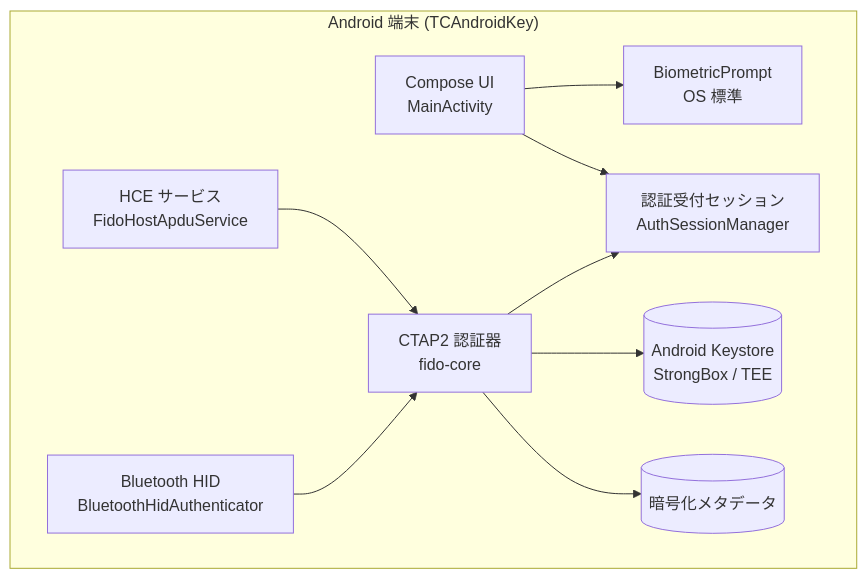
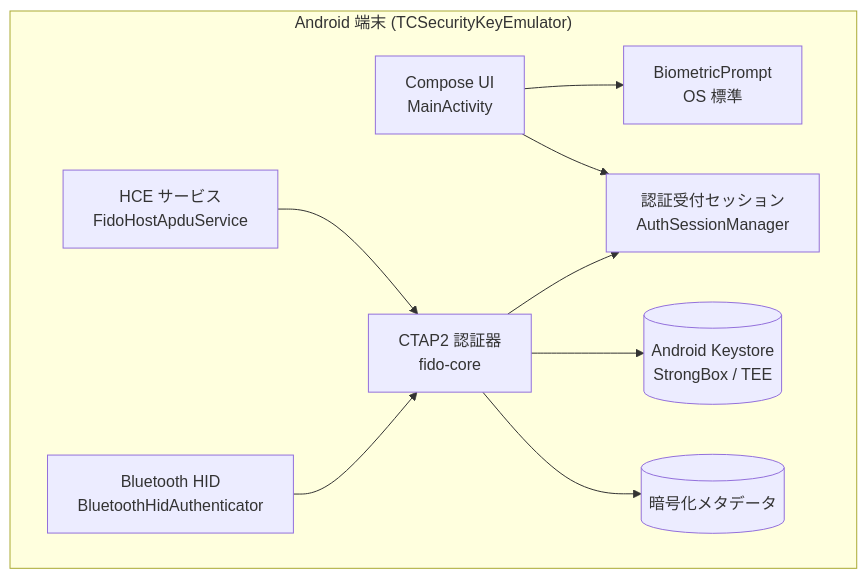
One commit to tecogonaz0439/TCAndroidKey changed the second of 3 diagrams in docs/design/basic/01_system-overview.md. Above: the diagram before and after it, drawn with Mermaid. The commit also changed other lines of this file and 50 other files, not shown here.

First line of the commit message:
Rename the app to Security Key Emulator / TCSecurityKeyEmulator

````diff
--- a/docs/design/basic/01_system-overview.md
+++ b/docs/design/basic/01_system-overview.md
@@ -81,20 +81,20 @@
 ```mermaid
 flowchart TB
-    subgraph Android["Android 端末 (TCAndroidKey)"]
+    subgraph Android["Android 端末 (TCSecurityKeyEmulator)"]
         UI["Compose UI<br/>MainActivity"]
         SES["認証受付セッション<br/>AuthSessionManager"]
         NFC["HCE サービス<br/>FidoHostApduService"]
         BT["Bluetooth HID<br/>BluetoothHidAuthenticator"]
         CORE["CTAP2 認証器<br/>fido-core"]
         KS[("Android Keystore<br/>StrongBox / TEE")]
         META[("暗号化メタデータ")]
         BIO["BiometricPrompt<br/>OS 標準"]
     end
     UI --> BIO
     UI --> SES
     NFC --> CORE
     BT --> CORE
     CORE --> SES
     CORE --> KS
     CORE --> META
 ```
````
